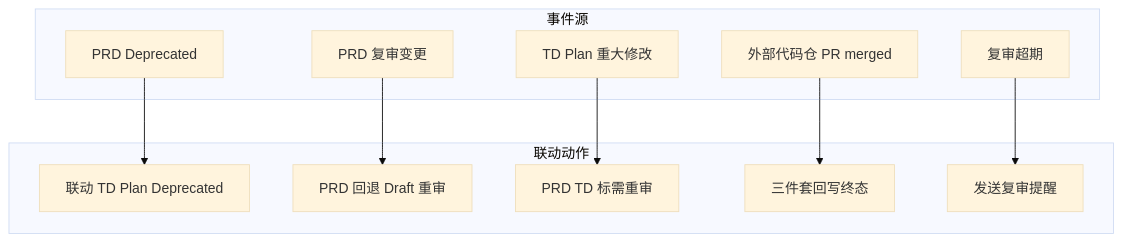
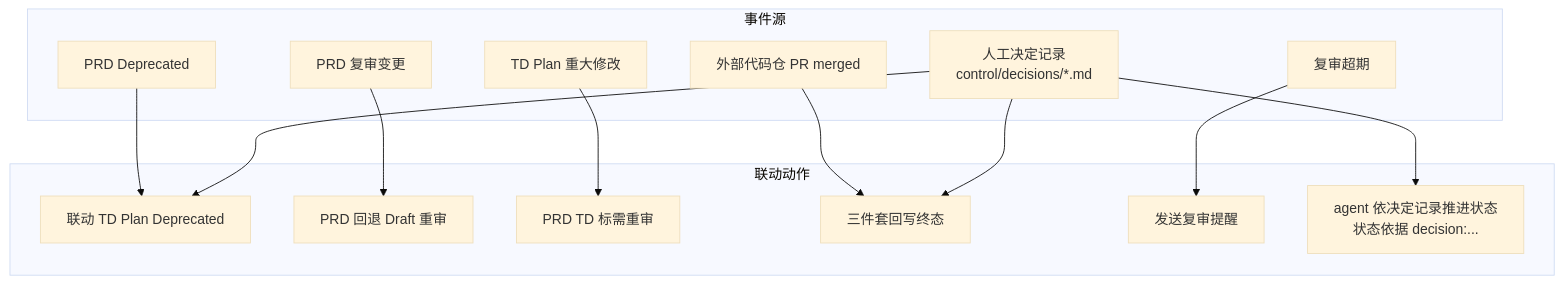
One commit to vanpipy/SSD-Template changed the third of 3 diagrams in HOW_TO_USE.md. Above: the diagram before and after it, drawn with Mermaid (base theme). The commit also changed other lines of this file and 68 other files, not shown here.

````diff
--- a/HOW_TO_USE.md
+++ b/HOW_TO_USE.md
@@ -351,24 +409,29 @@
 ```mermaid
 flowchart TB
     subgraph eventsource [事件源]
         E1[PRD Deprecated]
         E2[PRD 复审变更]
         E3[TD Plan 重大修改]
         E4[外部代码仓 PR merged]
         E5[复审超期]
+        E6[人工决定记录<br/>control/decisions/*.md]
     end
 
     subgraph actions [联动动作]
         A1[联动 TD Plan Deprecated]
         A2[PRD 回退 Draft 重审]
         A3[PRD TD 标需重审]
         A4[三件套回写终态]
         A5[发送复审提醒]
+        A6[agent 依决定记录推进状态<br/>状态依据 decision:...]
     end
 
     E1 --> A1
     E2 --> A2
     E3 --> A3
     E4 --> A4
     E5 --> A5
+    E6 --> A6
+    E6 --> A1
+    E6 --> A4
 ```
````
